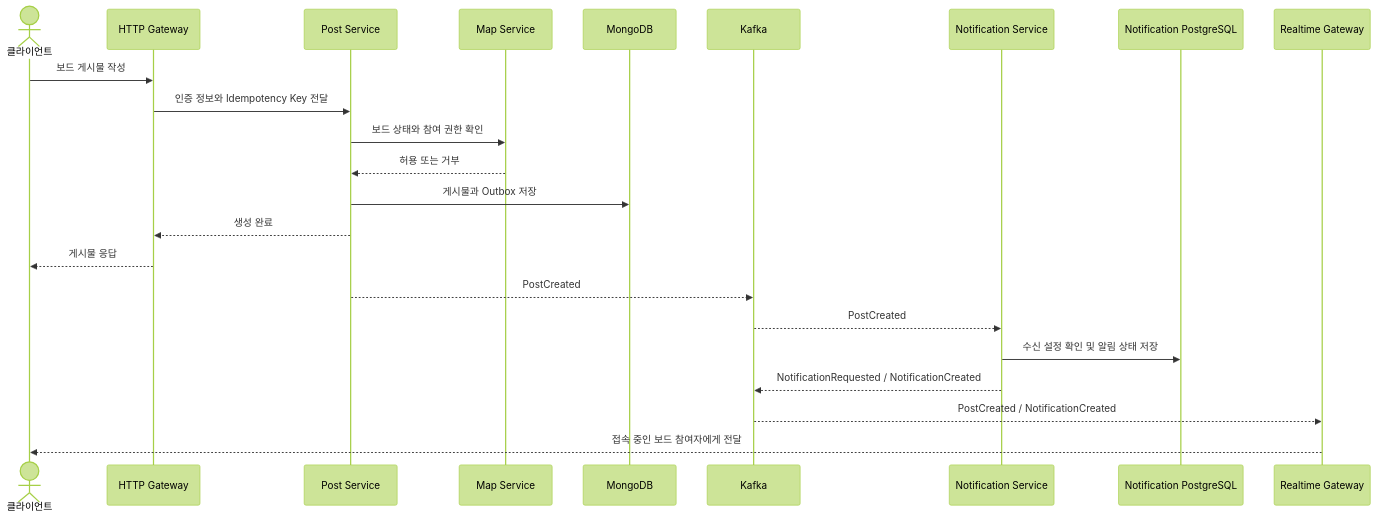
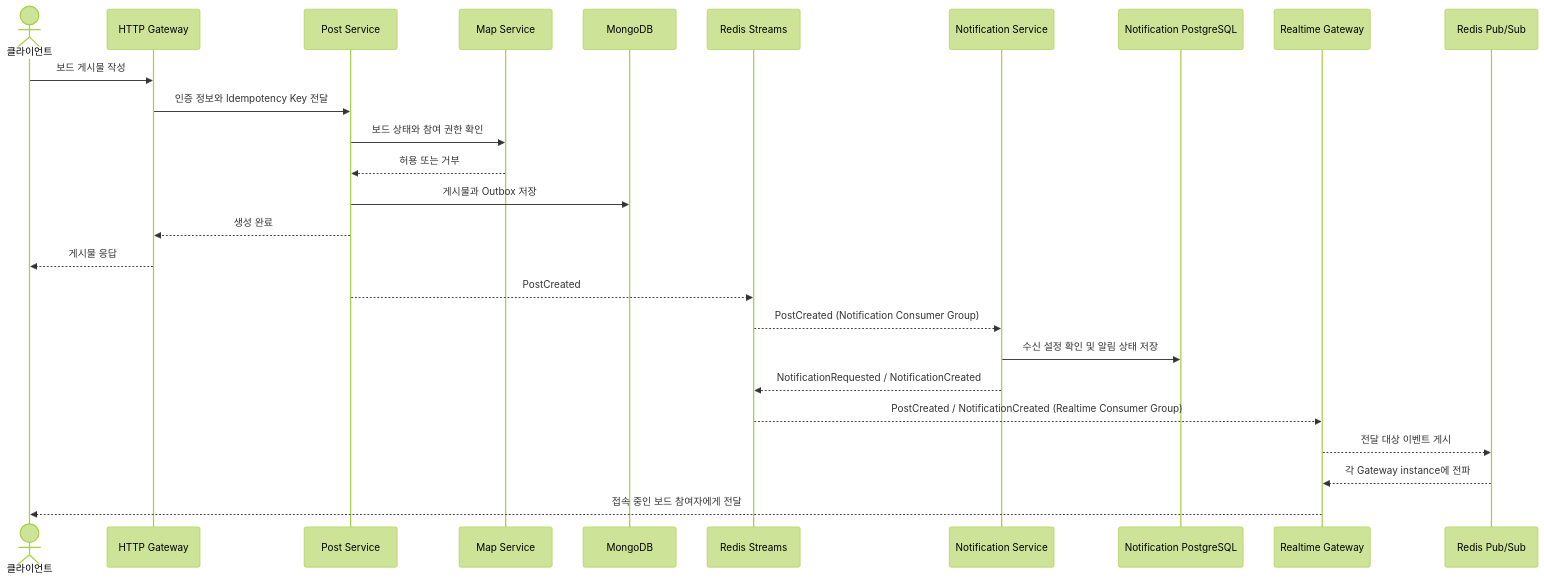
One commit to WGO-What-s-Going-On/Backend changed the third of 4 diagrams in ARCHITECTURE.md. Above: the diagram before and after it, drawn with Mermaid (forest theme). The commit also changed other lines of this file and 3 other files, not shown here.

````diff
--- a/ARCHITECTURE.md
+++ b/ARCHITECTURE.md
@@ -232,26 +251,29 @@
 ```mermaid
 sequenceDiagram
     actor C as 클라이언트
     participant H as HTTP Gateway
     participant P as Post Service
     participant M as Map Service
     participant D as MongoDB
-    participant K as Kafka
+    participant S as Redis Streams
     participant N as Notification Service
     participant ND as Notification PostgreSQL
     participant R as Realtime Gateway
+    participant F as Redis Pub/Sub
 
     C->>H: 보드 게시물 작성
     H->>P: 인증 정보와 Idempotency Key 전달
     P->>M: 보드 상태와 참여 권한 확인
     M-->>P: 허용 또는 거부
     P->>D: 게시물과 Outbox 저장
     P-->>H: 생성 완료
     H-->>C: 게시물 응답
-    P-->>K: PostCreated
-    K-->>N: PostCreated
+    P-->>S: PostCreated
+    S-->>N: PostCreated (Notification Consumer Group)
     N->>ND: 수신 설정 확인 및 알림 상태 저장
-    N-->>K: NotificationRequested / NotificationCreated
-    K-->>R: PostCreated / NotificationCreated
+    N-->>S: NotificationRequested / NotificationCreated
+    S-->>R: PostCreated / NotificationCreated (Realtime Consumer Group)
+    R-->>F: 전달 대상 이벤트 게시
+    F-->>R: 각 Gateway instance에 전파
     R-->>C: 접속 중인 보드 참여자에게 전달
 ```
````
